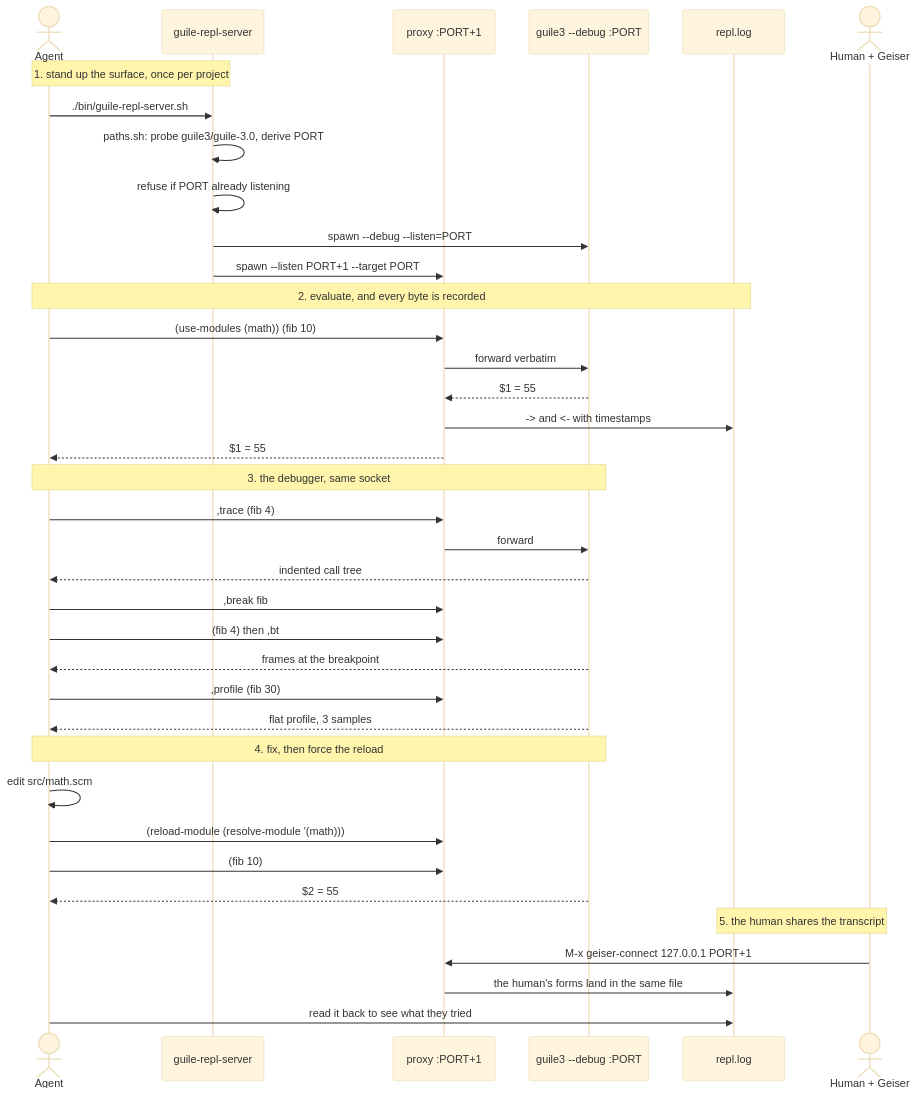
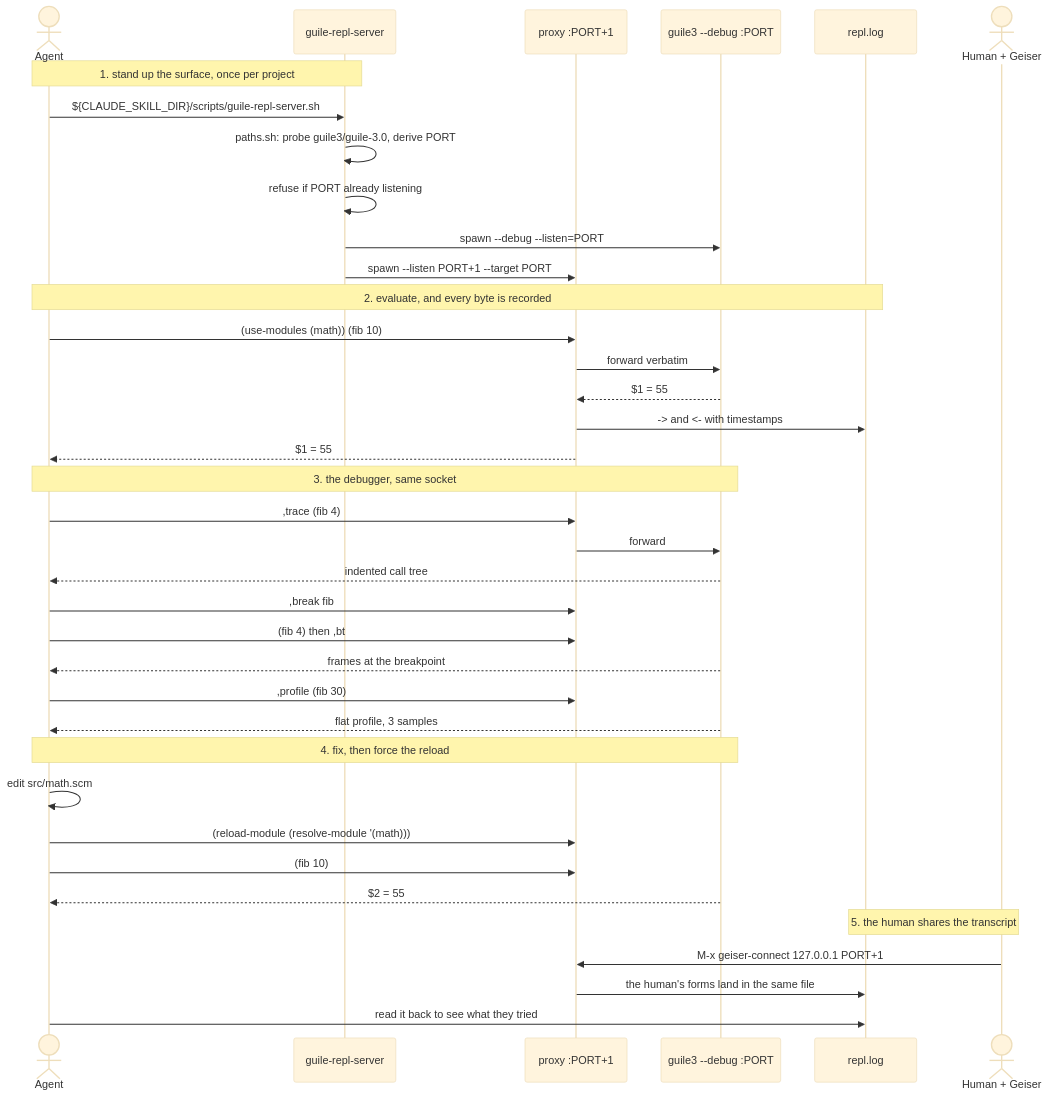
The diagram in README.md (dsp-dr/guile-skills), drawn with Mermaid (base theme) before and after one commit. The commit also changed other lines of this file and 31 other files, not shown here.

````diff
--- a/README.md
+++ b/README.md
@@ -90,44 +90,44 @@
 ```mermaid
 sequenceDiagram
     actor Agent
     participant Server as guile-repl-server
     participant Proxy as proxy :PORT+1
     participant REPL as guile3 --debug :PORT
     participant Log as repl.log
     actor Human as Human + Geiser
 
     Note over Agent,Server: 1. stand up the surface, once per project
-    Agent->>Server: ./bin/guile-repl-server.sh
+    Agent->>Server: ${CLAUDE_SKILL_DIR}/scripts/guile-repl-server.sh
     Server->>Server: paths.sh: probe guile3/guile-3.0, derive PORT
     Server->>Server: refuse if PORT already listening
     Server->>REPL: spawn --debug --listen=PORT
     Server->>Proxy: spawn --listen PORT+1 --target PORT
 
     Note over Agent,Log: 2. evaluate, and every byte is recorded
     Agent->>Proxy: (use-modules (math)) (fib 10)
     Proxy->>REPL: forward verbatim
     REPL-->>Proxy: $1 = 55
     Proxy->>Log: -> and <- with timestamps
     Proxy-->>Agent: $1 = 55
 
     Note over Agent,REPL: 3. the debugger, same socket
     Agent->>Proxy: ,trace (fib 4)
     Proxy->>REPL: forward
     REPL-->>Agent: indented call tree
     Agent->>Proxy: ,break fib
     Agent->>Proxy: (fib 4) then ,bt
     REPL-->>Agent: frames at the breakpoint
     Agent->>Proxy: ,profile (fib 30)
     REPL-->>Agent: flat profile, 3 samples
 
     Note over Agent,REPL: 4. fix, then force the reload
     Agent->>Agent: edit src/math.scm
     Agent->>Proxy: (reload-module (resolve-module '(math)))
     Agent->>Proxy: (fib 10)
     REPL-->>Agent: $2 = 55
 
     Note over Human,Log: 5. the human shares the transcript
     Human->>Proxy: M-x geiser-connect 127.0.0.1 PORT+1
     Proxy->>Log: the human's forms land in the same file
     Agent->>Log: read it back to see what they tried
 ```
````
